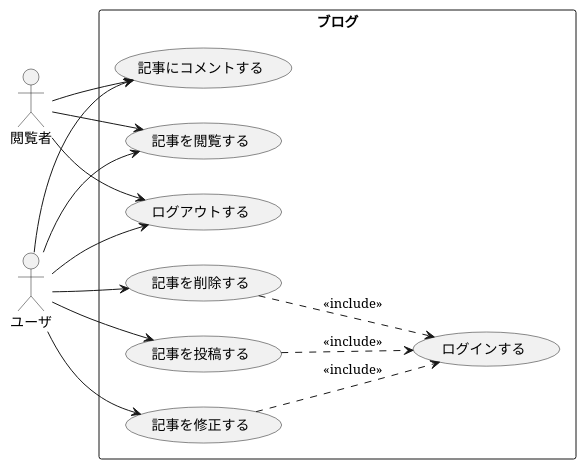
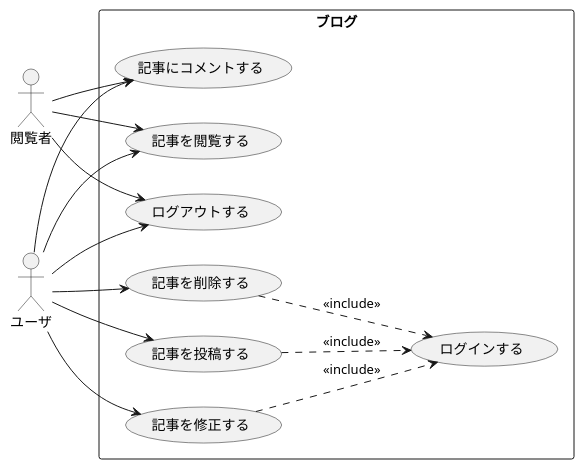
One commit to zunda-cafe/zunda-devstudy-doc changed the diagram in source/ed/use_case.rst. Above: the diagram before and after it, drawn with PlantUML.

Commit message:
tuning conf.py

```diff
--- a/source/ed/use_case.rst
+++ b/source/ed/use_case.rst
@@ -48,33 +48,33 @@
 .. uml::
 
   @startuml
   left to right direction
   skinparam packageStyle rect
-  skinparam defaultFontName Serif
+  skinparam defaultFontName IPAGothic
 
   actor :閲覧者: as Visitor
   actor :ユーザ: as User
 
   rectangle "ブログ" {
     usecase (ログインする) as Login
     usecase (記事を閲覧する) as ViewArticle
     usecase (記事を投稿する) as EntryArticle
     usecase (記事を修正する) as ModifyArticle
     usecase (記事を削除する) as RemoveArticle
     usecase (記事にコメントする) as EntryComment
     usecase (ログアウトする) as Logout
     EntryArticle ..> Login : <<include>>
     ModifyArticle ..> Login : <<include>>
     RemoveArticle ..> Login : <<include>>
     User --> EntryArticle
     User --> ModifyArticle
     User --> RemoveArticle
     User --> EntryComment
     Visitor --> EntryComment
     User --> ViewArticle
     Visitor --> ViewArticle
     User --> Logout
     Visitor --> Logout
   }
 
   @enduml
```
